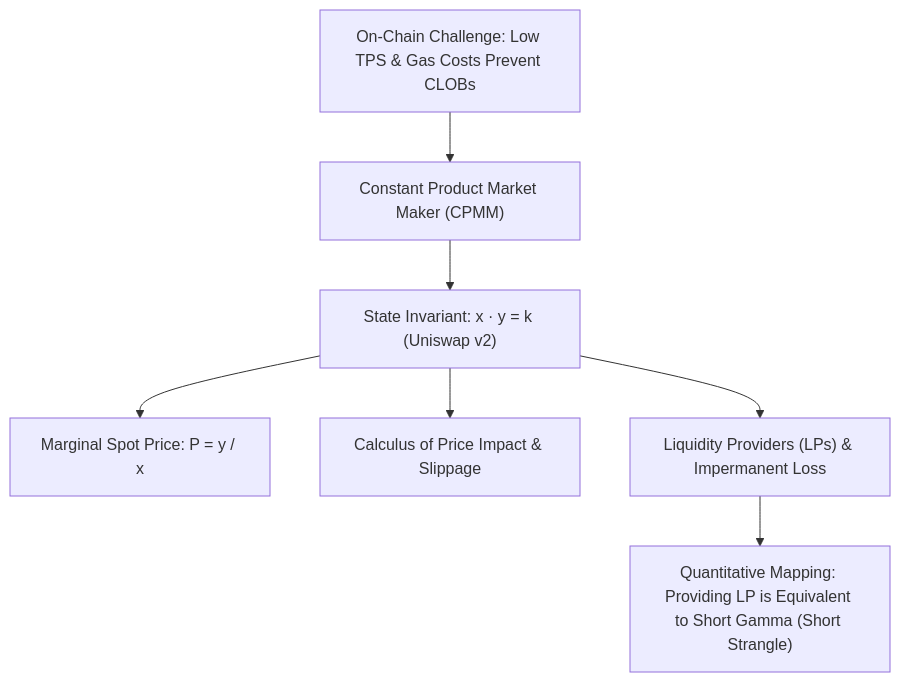
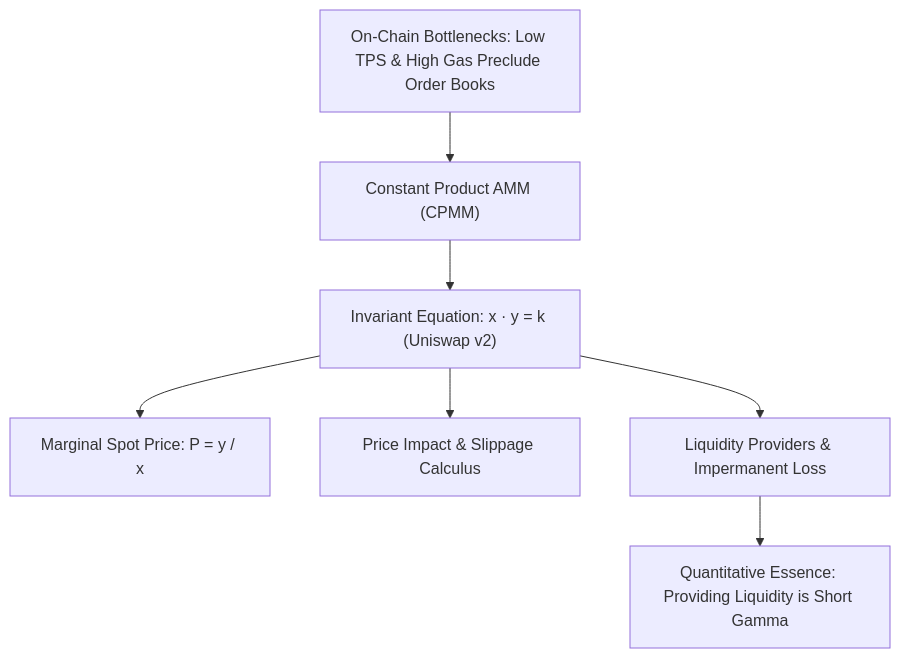
The fourth of 4 diagrams in notes/quant/Quant14 Financial Markets Asset Classes and Portfolio Theory.en.md (CurryTang/MLSYS_tutorial), drawn with Mermaid before and after one commit. The commit also changed other lines of this file and 3 other files, not shown here.

````diff
--- a/notes/quant/Quant14 Financial Markets Asset Classes and Portfolio Theory.en.md
+++ b/notes/quant/Quant14 Financial Markets Asset Classes and Portfolio Theory.en.md
@@ -177,9 +366,9 @@
 ```mermaid
 graph TD
-    A["On-Chain Challenge: Low TPS & Gas Costs Prevent CLOBs"] --> B["Constant Product Market Maker (CPMM)"]
-    B --> C["State Invariant: x · y = k (Uniswap v2)"]
+    A["On-Chain Bottlenecks: Low TPS & High Gas Preclude Order Books"] --> B["Constant Product AMM (CPMM)"]
+    B --> C["Invariant Equation: x · y = k (Uniswap v2)"]
     C --> D["Marginal Spot Price: P = y / x"]
-    C --> E["Calculus of Price Impact & Slippage"]
-    C --> F["Liquidity Providers (LPs) & Impermanent Loss"]
-    F --> G["Quantitative Mapping: Providing LP is Equivalent to Short Gamma (Short Strangle)"]
+    C --> E["Price Impact & Slippage Calculus"]
+    C --> F["Liquidity Providers & Impermanent Loss"]
+    F --> G["Quantitative Essence: Providing Liquidity is Short Gamma"]
 ```
````
